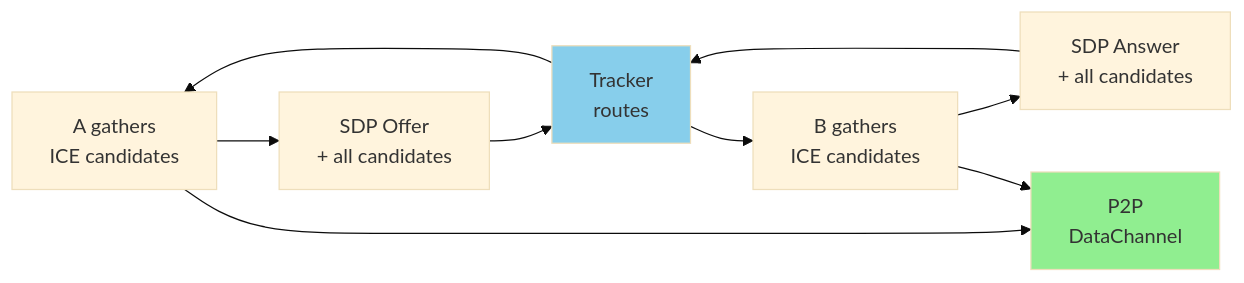
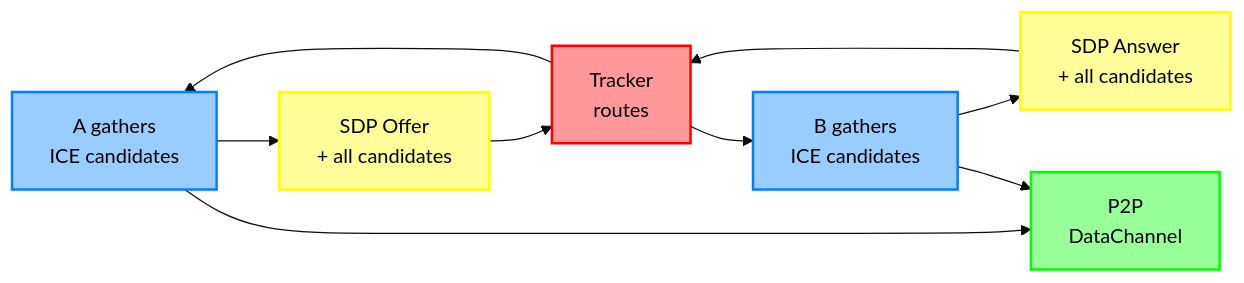
Before and after one commit to davidevecchi/TruSTI: the sixth of 8 diagrams in README.md, drawn with Mermaid (base theme). The commit also changed other lines of this file, not shown here.

````diff
--- a/README.md
+++ b/README.md
@@ -251,17 +263,21 @@
 ```mermaid
 graph LR
     A["A gathers<br/>ICE candidates"]
     SDP1["SDP Offer<br/>+ all candidates"]
     T["Tracker<br/>routes"]
     SDP2["SDP Answer<br/>+ all candidates"]
     B["B gathers<br/>ICE candidates"]
     P2P["P2P<br/>DataChannel"]
 
     A --> SDP1 --> T --> B
     B --> SDP2 --> T --> A
     A --> P2P
     B --> P2P
 
-    style P2P fill:#90EE90
-    style T fill:#87CEEB
+    style A fill:#0080ff66,stroke:#0080ff,color:#000,stroke-width:2px
+    style B fill:#0080ff66,stroke:#0080ff,color:#000,stroke-width:2px
+    style SDP1 fill:#ffff0066,stroke:#ffff00,color:#000,stroke-width:2px
+    style SDP2 fill:#ffff0066,stroke:#ffff00,color:#000,stroke-width:2px
+    style T fill:#ff000066,stroke:#ff0000,color:#000,stroke-width:2px
+    style P2P fill:#00ff0066,stroke:#00ff00,color:#000,stroke-width:2px
 ```
````
